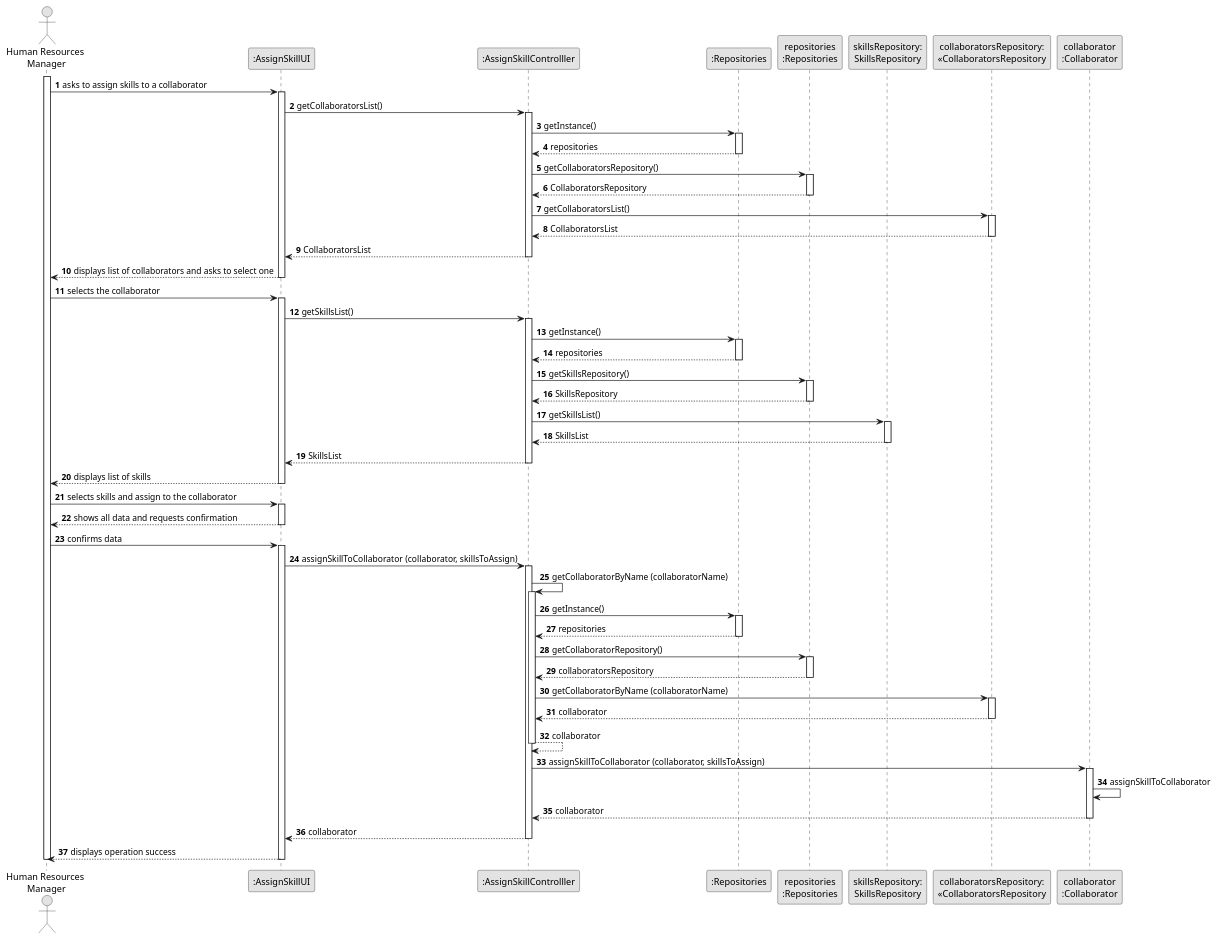
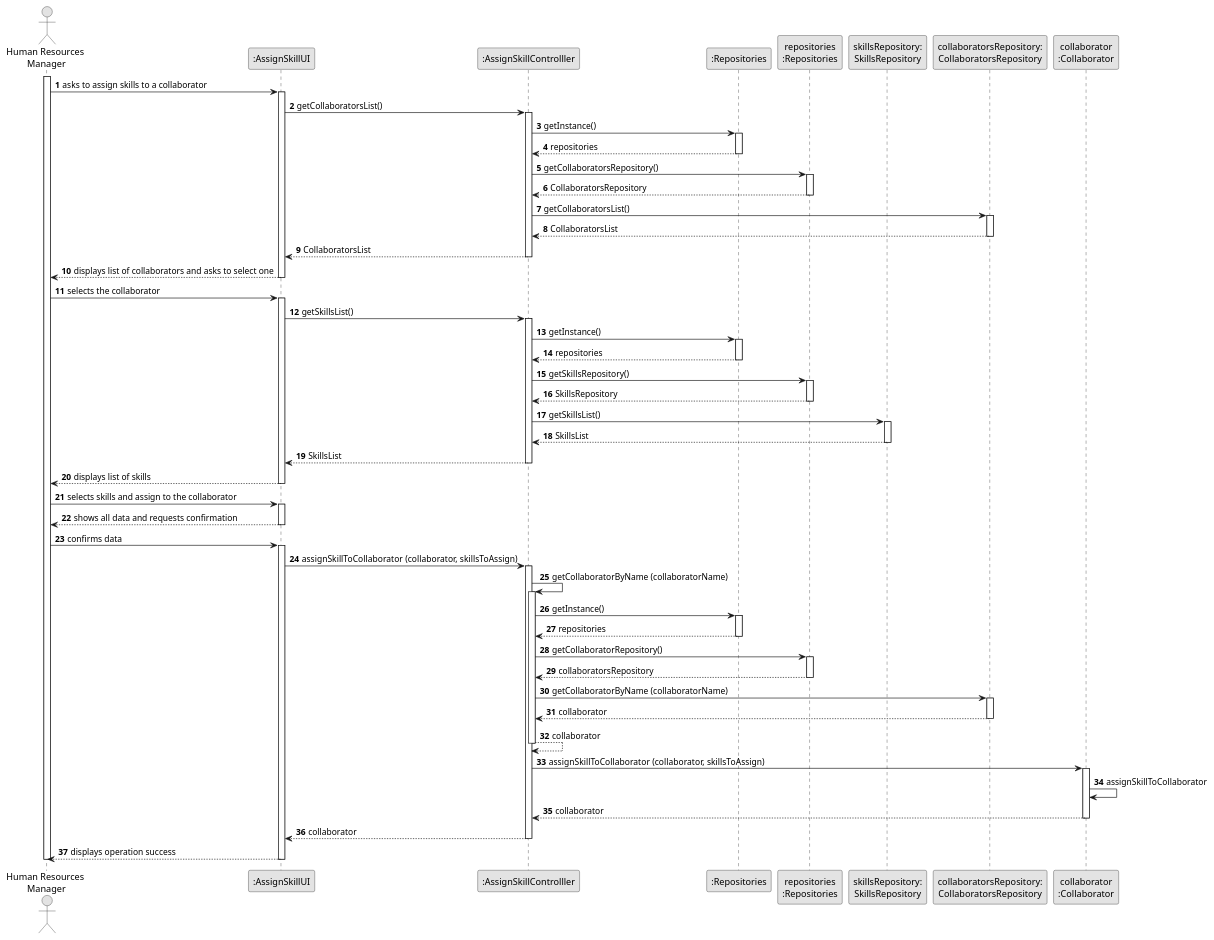
One commit to daniel41silva05/ISEP_2023_2024_LAPR2 changed the diagram in docs/sprintA&B/us004/03.design/puml/us004-sequence-diagram-full.puml. Above: the diagram before and after it, drawn with PlantUML. The commit also changed 11 other files, not shown here.

Commit message:
US004 - sequence diagram partial get collaborator list

```diff
--- a/docs/sprintA&B/us004/03.design/puml/us004-sequence-diagram-full.puml
+++ b/docs/sprintA&B/us004/03.design/puml/us004-sequence-diagram-full.puml
@@ -1,134 +1,134 @@
 @startuml
 skinparam monochrome true
 skinparam packageStyle rectangle
 skinparam shadowing false
 
 autonumber
 
 'hide footbox
 actor "Human Resources\n Manager" as HRM
 participant ":AssignSkillUI" as UI
 participant ":AssignSkillControlller" as CTRL
 participant ":Repositories" as REP
 participant "repositories\n:Repositories" as REPS
 participant "skillsRepository:\nSkillsRepository" as SkillsRepository
-participant "collaboratorsRepository:\n«CollaboratorsRepository" as collaboratorsRepository
+participant "collaboratorsRepository:\nCollaboratorsRepository" as collaboratorsRepository
 participant "collaborator\n:Collaborator" as COLLABORATOR
 
 activate HRM
 
         HRM -> UI : asks to assign skills to a collaborator
 
         activate UI
 
         UI -> CTRL : getCollaboratorsList()
         activate CTRL
 
             CTRL -> REP : getInstance()
             activate REP
 
             REP --> CTRL: repositories
             deactivate REP
 
             CTRL -> REPS : getCollaboratorsRepository()
             activate REPS
 
             REPS --> CTRL: CollaboratorsRepository
             deactivate REPS
 
             CTRL -> collaboratorsRepository: getCollaboratorsList()
             activate collaboratorsRepository
 
             collaboratorsRepository --> CTRL : CollaboratorsList
             deactivate collaboratorsRepository
 
             CTRL --> UI : CollaboratorsList
             deactivate CTRL
 
             UI --> HRM : displays list of collaborators and asks to select one
         deactivate UI
 
     HRM -> UI : selects the collaborator
     activate UI
 
     UI -> CTRL : getSkillsList()
         activate CTRL
 
             CTRL -> REP : getInstance()
             activate REP
 
             REP --> CTRL: repositories
             deactivate REP
 
             CTRL -> REPS : getSkillsRepository()
             activate REPS
 
             REPS --> CTRL: SkillsRepository
             deactivate REPS
 
             CTRL -> SkillsRepository: getSkillsList()
             activate SkillsRepository
 
             SkillsRepository --> CTRL : SkillsList
             deactivate SkillsRepository
 
             CTRL --> UI : SkillsList
             deactivate CTRL
 
         UI --> HRM : displays list of skills
     deactivate UI
 
     HRM -> UI : selects skills and assign to the collaborator
     activate UI
 
         UI --> HRM : shows all data and requests confirmation
     deactivate UI
 
     HRM -> UI : confirms data
     activate UI
 
         UI -> CTRL: assignSkillToCollaborator (collaborator, skillsToAssign)
 
                 activate CTRL
 
                     CTRL -> CTRL: getCollaboratorByName (collaboratorName)
                     activate CTRL
 
                     CTRL -> REP: getInstance()
                     activate REP
 
                     REP --> CTRL: repositories
                     deactivate REP
 
                     CTRL -> REPS: getCollaboratorRepository()
                     activate REPS
 
                     REPS --> CTRL: collaboratorsRepository
                     deactivate REPS
 
                     CTRL -> collaboratorsRepository: getCollaboratorByName (collaboratorName)
                     activate collaboratorsRepository
 
                     collaboratorsRepository --> CTRL: collaborator
                     deactivate collaboratorsRepository
 
                     CTRL --> CTRL: collaborator
                     deactivate CTRL
 
                     CTRL -> COLLABORATOR: assignSkillToCollaborator (collaborator, skillsToAssign)
                     activate COLLABORATOR
 
                     COLLABORATOR -> COLLABORATOR : assignSkillToCollaborator
 
                     COLLABORATOR --> CTRL : collaborator
                     deactivate COLLABORATOR
 
 
                 CTRL --> UI: collaborator
                 deactivate CTRL
             UI --> HRM: displays operation success
     deactivate UI
 
 deactivate HRM
 
 @enduml
```
